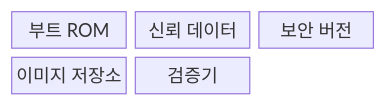
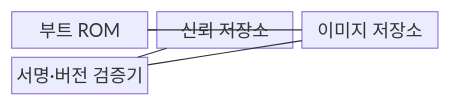
The first of 2 diagrams in src/content/docs/notes/02-hardware/068_secure_boot.md (agnusdei1207/knowledge-base), drawn with Mermaid before and after one commit. The commit also changed other lines of this file and 20 other files, not shown here.

````diff
--- a/src/content/docs/notes/02-hardware/068_secure_boot.md
+++ b/src/content/docs/notes/02-hardware/068_secure_boot.md
@@ -59,9 +61,12 @@
 ```mermaid
-block-beta
+block
   columns 3
   A["부트 ROM"]
-  B["신뢰 데이터"]
-  C["보안 버전"]
-  D["이미지 저장소"]
-  E["검증기"]
+  B["신뢰 저장소"]
+  C["이미지 저장소"]
+  D["서명·버전 검증기"]
+  A --- B
+  A --- C
+  B --- D
+  C --- D
 ```
````
